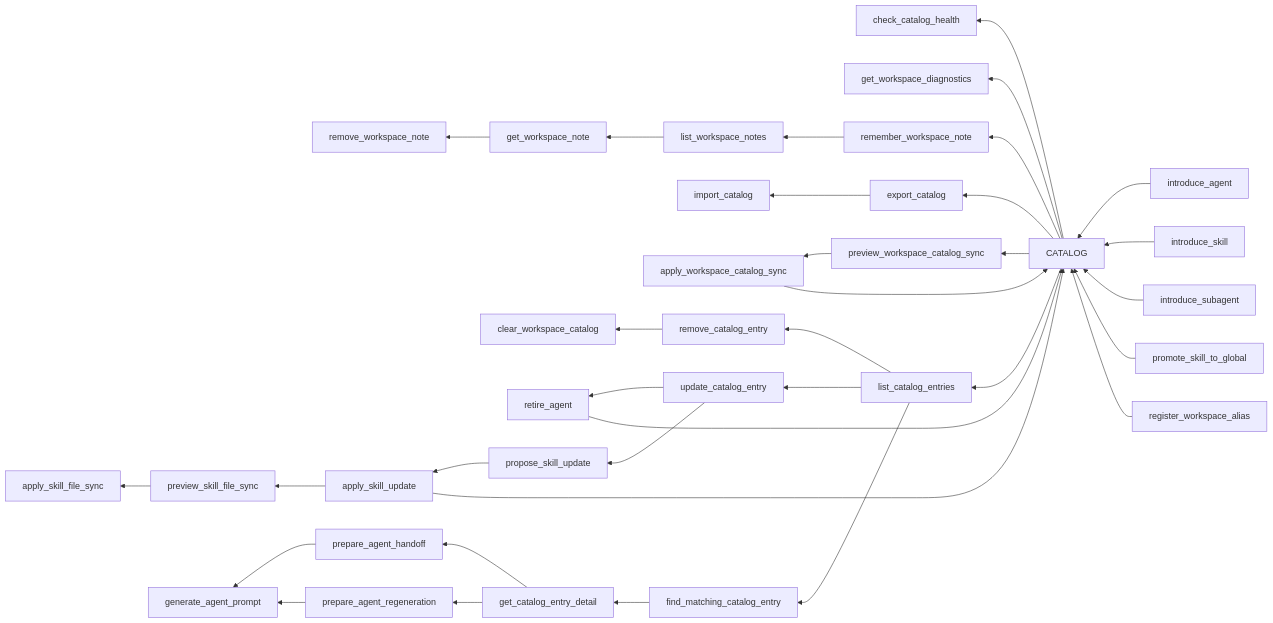
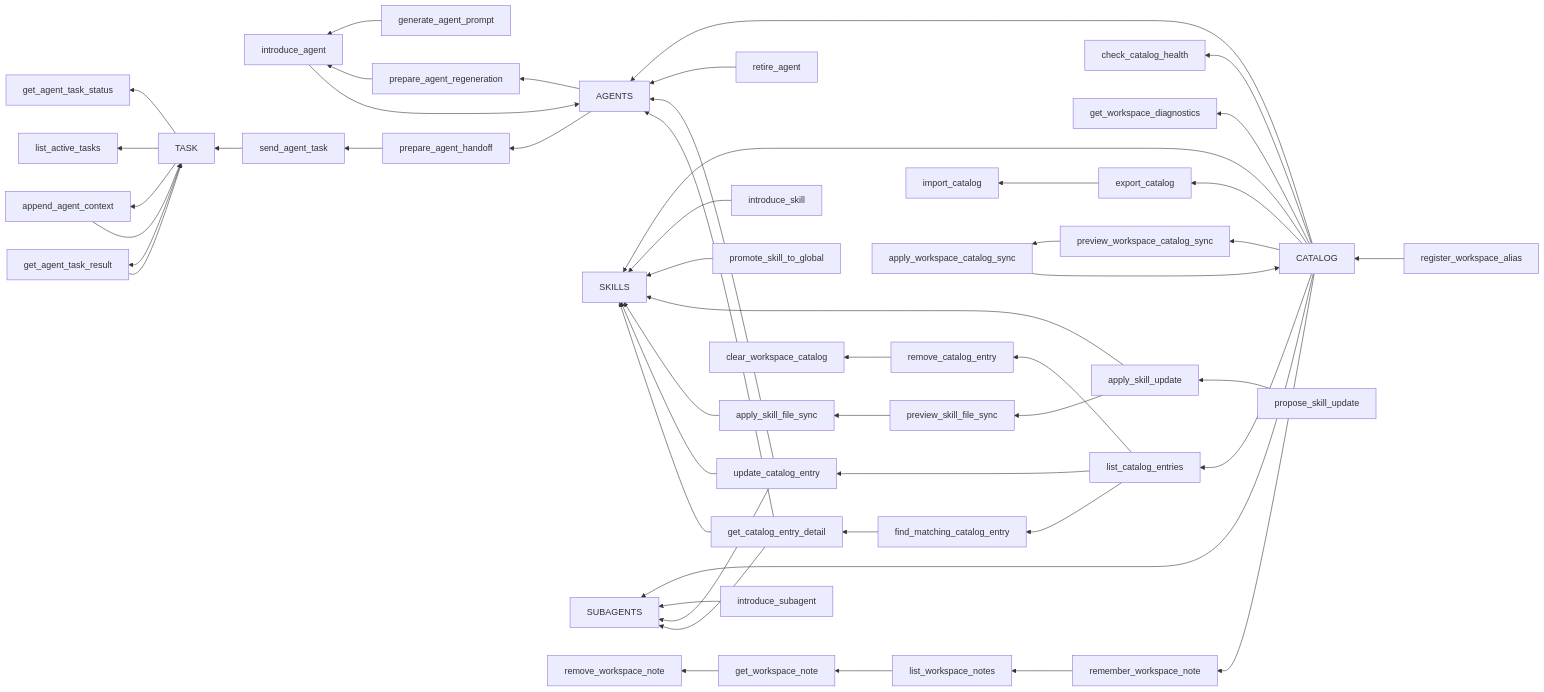
Before and after one commit to okanaslan/lor-mcp: the diagram in README.md, drawn with Mermaid. The commit also changed other lines of this file and 5 other files, not shown here.

````diff
--- a/README.md
+++ b/README.md
@@ -91,39 +202,64 @@
 ```mermaid
 flowchart RL
   catalog["CATALOG"]
+  agents["AGENTS"]
+  skills["SKILLS"]
+  subagents["SUBAGENTS"]
+  task["TASK"]
 
-  introduceAgent["introduce_agent"] --> catalog
-  introduceSkill["introduce_skill"] --> catalog
-  introduceSubagent["introduce_subagent"] --> catalog
-  promoteSkill["promote_skill_to_global"] --> catalog
+  catalog --> agents
+  catalog --> skills
+  catalog --> subagents
+
+  generatePrompt["generate_agent_prompt"] --> introduceAgent["introduce_agent"]
+  introduceAgent --> agents
+  agents --> handoff["prepare_agent_handoff"]
+  agents --> regeneration["prepare_agent_regeneration"]
+  handoff --> sendAgentTask["send_agent_task"]
+  regeneration --> introduceAgent
+  retireAgent["retire_agent"] --> agents
+
+  introduceSkill["introduce_skill"] --> skills
+  promoteSkill["promote_skill_to_global"] --> skills
+  proposeSkillUpdate["propose_skill_update"] --> applySkillUpdate["apply_skill_update"]
+  applySkillUpdate --> skills
+  applySkillUpdate --> previewSkillFileSync["preview_skill_file_sync"]
+  previewSkillFileSync --> applySkillFileSync["apply_skill_file_sync"]
+  applySkillFileSync --> skills
+
+  introduceSubagent["introduce_subagent"] --> subagents
+
   registerAlias["register_workspace_alias"] --> catalog
   catalog --> checkHealth["check_catalog_health"]
   catalog --> workspaceDiagnostics["get_workspace_diagnostics"]
   catalog --> rememberWorkspaceNote["remember_workspace_note"]
   rememberWorkspaceNote --> listWorkspaceNotes["list_workspace_notes"]
   listWorkspaceNotes --> getWorkspaceNote["get_workspace_note"]
   getWorkspaceNote --> removeWorkspaceNote["remove_workspace_note"]
   catalog --> exportCatalog["export_catalog"]
   exportCatalog --> importCatalog["import_catalog"]
   catalog --> previewWorkspaceSync["preview_workspace_catalog_sync"]
   previewWorkspaceSync --> applyWorkspaceSync["apply_workspace_catalog_sync"]
   applyWorkspaceSync --> catalog
   catalog --> listEntries["list_catalog_entries"]
 
   listEntries --> removeEntry["remove_catalog_entry"]
   removeEntry --> clearCatalog["clear_workspace_catalog"]
   listEntries --> updateEntry["update_catalog_entry"]
-  updateEntry --> retireAgent["retire_agent"]
-  retireAgent --> catalog
-  updateEntry --> proposeSkillUpdate["propose_skill_update"]
-  proposeSkillUpdate --> applySkillUpdate["apply_skill_update"]
-  applySkillUpdate --> catalog
-  applySkillUpdate --> previewSkillFileSync["preview_skill_file_sync"]
-  previewSkillFileSync --> applySkillFileSync["apply_skill_file_sync"]
+  updateEntry --> agents
+  updateEntry --> skills
+  updateEntry --> subagents
   listEntries --> findMatch["find_matching_catalog_entry"]
   findMatch --> detail["get_catalog_entry_detail"]
-  detail --> handoff["prepare_agent_handoff"]
-  detail --> regeneration["prepare_agent_regeneration"]
-  handoff --> generatePrompt["generate_agent_prompt"]
-  regeneration --> generatePrompt
+  detail --> agents
+  detail --> skills
+  detail --> subagents
+
+  sendAgentTask --> task
+  task --> getAgentTaskStatus["get_agent_task_status"]
+  task --> listActiveTasks["list_active_tasks"]
+  task --> appendAgentContext["append_agent_context"]
+  task --> getAgentTaskResult["get_agent_task_result"]
+  appendAgentContext --> task
+  getAgentTaskResult --> task
 ```
````
